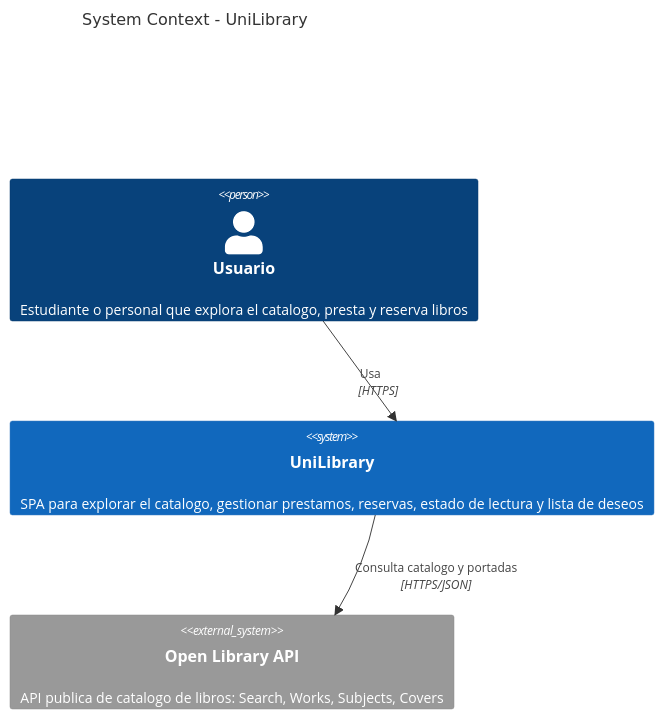
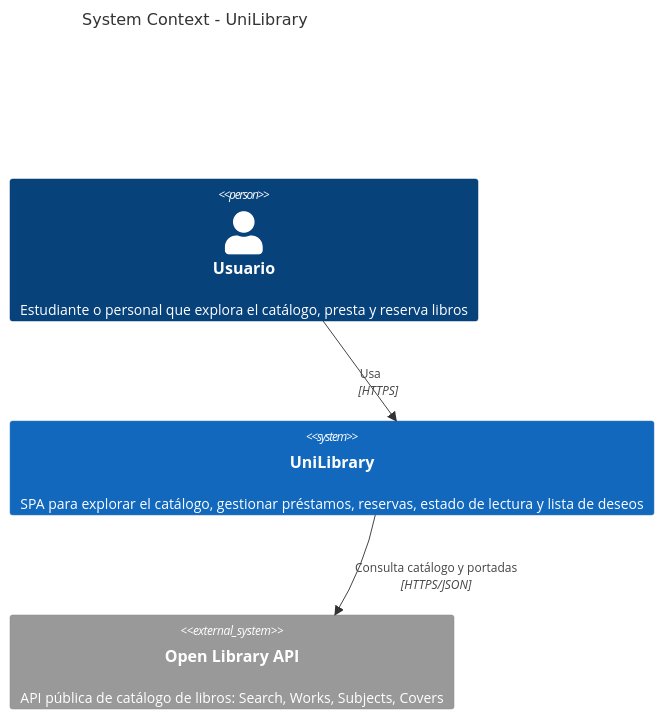
The first of 4 diagrams in docs/architecture/architecture.md (Jhon6723/capstone-web-dev), drawn with Mermaid before and after one commit. The commit also changed other lines of this file and 4 other files, not shown here.

````diff
--- a/docs/architecture/architecture.md
+++ b/docs/architecture/architecture.md
@@ -11,13 +11,13 @@
 ```mermaid
 C4Context
     title System Context - UniLibrary
 
-    Person(user, "Usuario", "Estudiante o personal que explora el catalogo, presta y reserva libros")
+    Person(user, "Usuario", "Estudiante o personal que explora el catálogo, presta y reserva libros")
 
-    System(unilibrary, "UniLibrary", "SPA para explorar el catalogo, gestionar prestamos, reservas, estado de lectura y lista de deseos")
+    System(unilibrary, "UniLibrary", "SPA para explorar el catálogo, gestionar préstamos, reservas, estado de lectura y lista de deseos")
 
-    System_Ext(openLibrary, "Open Library API", "API publica de catalogo de libros: Search, Works, Subjects, Covers")
+    System_Ext(openLibrary, "Open Library API", "API pública de catálogo de libros: Search, Works, Subjects, Covers")
 
     Rel(user, unilibrary, "Usa", "HTTPS")
-    Rel(unilibrary, openLibrary, "Consulta catalogo y portadas", "HTTPS/JSON")
+    Rel(unilibrary, openLibrary, "Consulta catálogo y portadas", "HTTPS/JSON")
 ```
````
